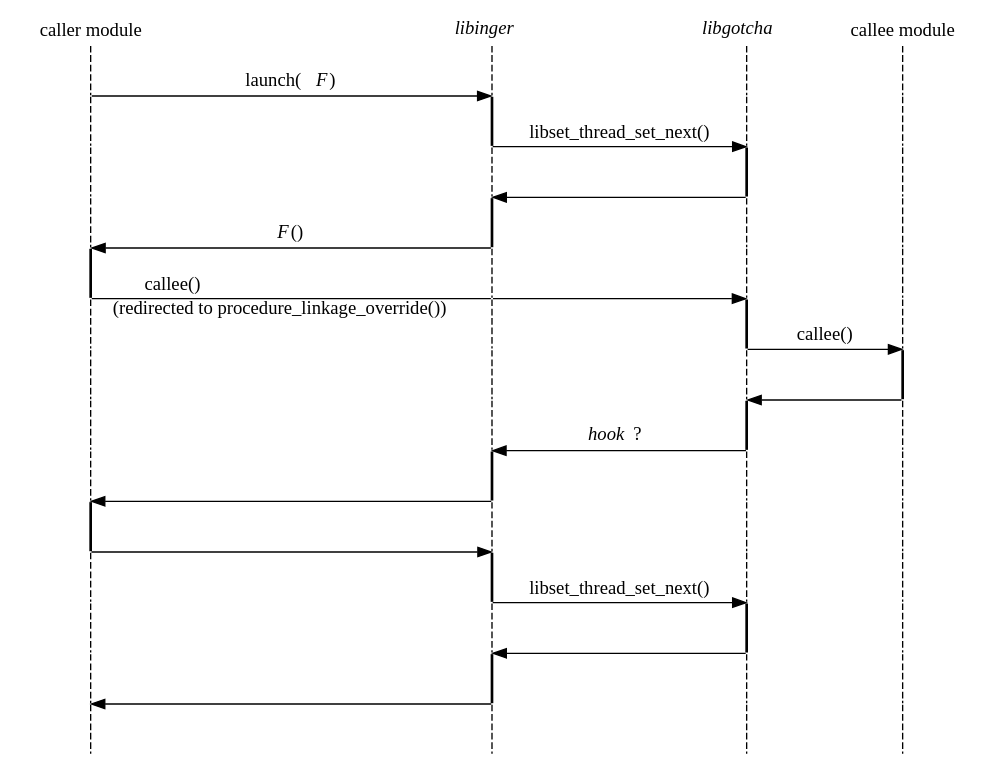
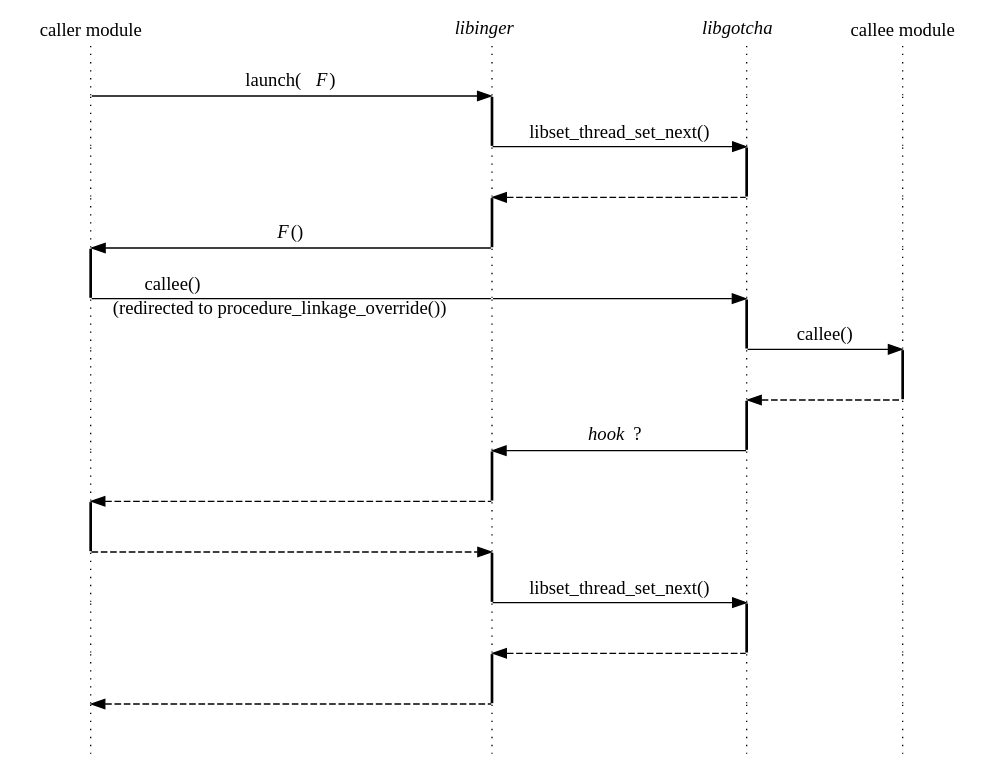
Before and after one commit to solb/thesis: the diagram in figs/calltree_function_launch.dot, drawn with Graphviz. The commit also changed 2 other files, not shown here.

Commit message:
figs: Make function return edges dashed

```diff
--- a/figs/calltree_function_launch.dot
+++ b/figs/calltree_function_launch.dot
@@ -1,112 +1,112 @@
 strict digraph {
 	edge [arrowhead=none];
 	node [shape=none, width=0, height=0, label=""];
 
 	caller [label="caller module"];
 	control [label=<<i>libinger</i>>];
 	gotcha [label=<<i>libgotcha</i>>];
 	callee [label="callee module"];
 
 	{
 		// This weight must be at least the number of horizontal arrows.
-		edge [style=dashed, weight=5];
+		edge [style=dotted, weight=5];
 
 		caller -> callerA -> callerB -> callerC -> callerD;
 		callerD -> callerE [style=solid, penwidth=2];
 		callerE -> callerF -> callerG -> callerH -> callerI;
 		callerI -> callerJ [style=solid, penwidth=2];
 		callerJ -> callerK -> callerL -> callerM -> callerN;
 
 		control -> controlA;
 		controlA -> controlB [style=solid, penwidth=2];
 		controlB -> controlC;
 		controlC -> controlD [style=solid, penwidth=2];
 		controlD -> controlE -> controlF -> controlG -> controlH
 		controlH -> controlI [style=solid, penwidth=2];
 		controlI -> controlJ;
 		controlJ -> controlK [style=solid, penwidth=2];
 		controlK -> controlL;
 		controlL -> controlM [style=solid, penwidth=2];
 		controlM -> controlN;
 
 		gotcha -> gotchaA -> gotchaB;
 		gotchaB -> gotchaC [style=solid, penwidth=2];
 		gotchaC -> gotchaD -> gotchaE;
 		gotchaE -> gotchaF [style=solid, penwidth=2];
 		gotchaF -> gotchaG;
 		gotchaG -> gotchaH [style=solid, penwidth=2];
 		gotchaH -> gotchaI -> gotchaJ -> gotchaK;
 		gotchaK -> gotchaL [style=solid, penwidth=2];
 		gotchaL -> gotchaM -> gotchaN;
 
 		callee -> calleeA -> calleeB -> calleeC -> calleeD -> calleeE -> calleeF;
 		calleeF -> calleeG [style=solid, penwidth=2];
 		calleeG -> calleeH -> calleeI -> calleeJ -> calleeK -> calleeL -> calleeM -> calleeN;
 	}
 
 	{
 		rank=same;
 		callerA -> controlA [label=<launch(<i>F</i>)>, arrowhead=normal];
 	}
 
 	{
 		rank=same;
 		controlB -> gotchaB [label="libset_thread_set_next()", arrowhead=normal];
 	}
 
 	{
 		rank=same;
-		controlC -> gotchaC [arrowhead=normal, dir=back];
+		controlC -> gotchaC [style=dashed, arrowhead=normal, dir=back];
 	}
 
 	{
 		rank=same;
 		callerD -> controlD [label=<<i>F</i>()>, arrowhead=normal, dir=back];
 	}
 
 	{
 		rank=same;
 		callerE -> controlE [label="callee()                                                   ", headlabel="(redirected to procedure_linkage_override())"];
 		controlE -> gotchaE [arrowhead=normal];
 	}
 
 	{
 		rank=same;
 		gotchaF -> calleeF [label="callee()", arrowhead=normal];
 	}
 
 	{
 		rank=same;
-		gotchaG -> calleeG [arrowhead=normal, dir=back];
+		gotchaG -> calleeG [style=dashed, arrowhead=normal, dir=back];
 	}
 
 	{
 		rank=same;
 		controlH -> gotchaH [label=<<i>hook</i> ?>, arrowhead=normal, dir=back];
 	}
 
 	{
 		rank=same;
-		callerI -> controlI [arrowhead=normal, dir=back];
+		callerI -> controlI [style=dashed, arrowhead=normal, dir=back];
 	}
 
 	{
 		rank=same;
-		callerJ -> controlJ [arrowhead=normal];
+		callerJ -> controlJ [style=dashed, arrowhead=normal];
 	}
 
 	{
 		rank=same;
 		controlK -> gotchaK [label="libset_thread_set_next()", arrowhead=normal];
 	}
 
 	{
 		rank=same;
-		controlL -> gotchaL [arrowhead=normal, dir=back];
+		controlL -> gotchaL [style=dashed, arrowhead=normal, dir=back];
 	}
 
 	{
 		rank=same;
-		callerM -> controlM [arrowhead=normal, dir=back];
+		callerM -> controlM [style=dashed, arrowhead=normal, dir=back];
 	}
 }
```
